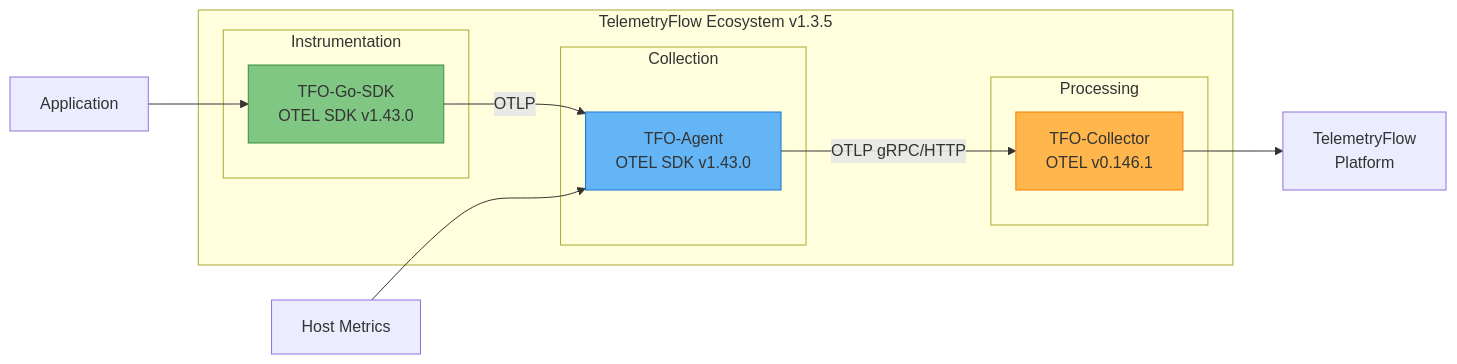
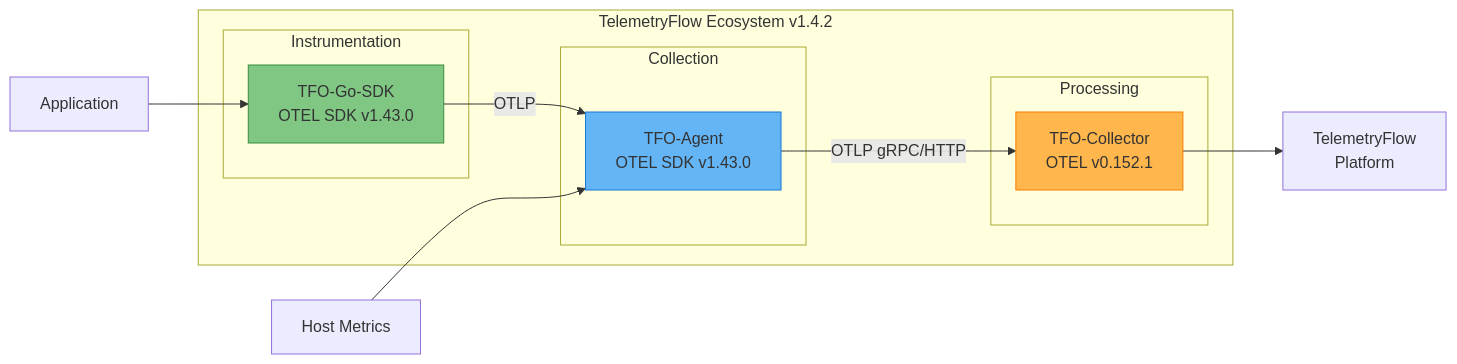
Before and after one commit to telemetryflow/telemetryflow-agent: the diagram in README.md, drawn with Mermaid. The commit also changed other lines of this file and 395 other files, not shown here.

````diff
--- a/README.md
+++ b/README.md
@@ -33,26 +33,26 @@
 ```mermaid
 graph LR
-    subgraph "TelemetryFlow Ecosystem v1.3.5"
+    subgraph "TelemetryFlow Ecosystem v1.4.2"
         subgraph "Instrumentation"
             SDK[TFO-Go-SDK<br/>OTEL SDK v1.43.0]
         end
 
         subgraph "Collection"
             AGENT[TFO-Agent<br/>OTEL SDK v1.43.0]
         end
 
         subgraph "Processing"
-            COLLECTOR[TFO-Collector<br/>OTEL v0.146.1]
+            COLLECTOR[TFO-Collector<br/>OTEL v0.152.1]
         end
     end
 
     APP[Application] --> SDK
     SDK -->|OTLP| AGENT
     HOST[Host Metrics] --> AGENT
     AGENT -->|OTLP gRPC/HTTP| COLLECTOR
     COLLECTOR --> BACKEND[TelemetryFlow<br/>Platform]
 
     style SDK fill:#81C784,stroke:#388E3C
     style AGENT fill:#64B5F6,stroke:#1976D2
     style COLLECTOR fill:#FFB74D,stroke:#F57C00
 ```
````
